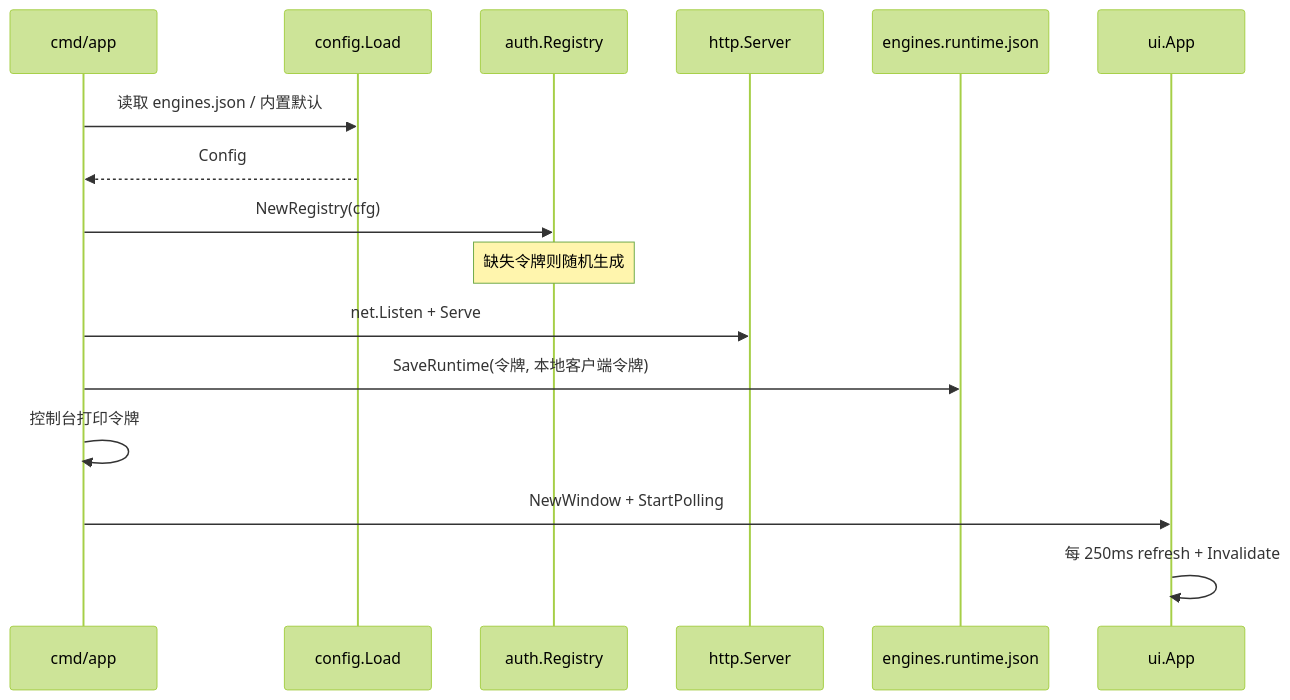
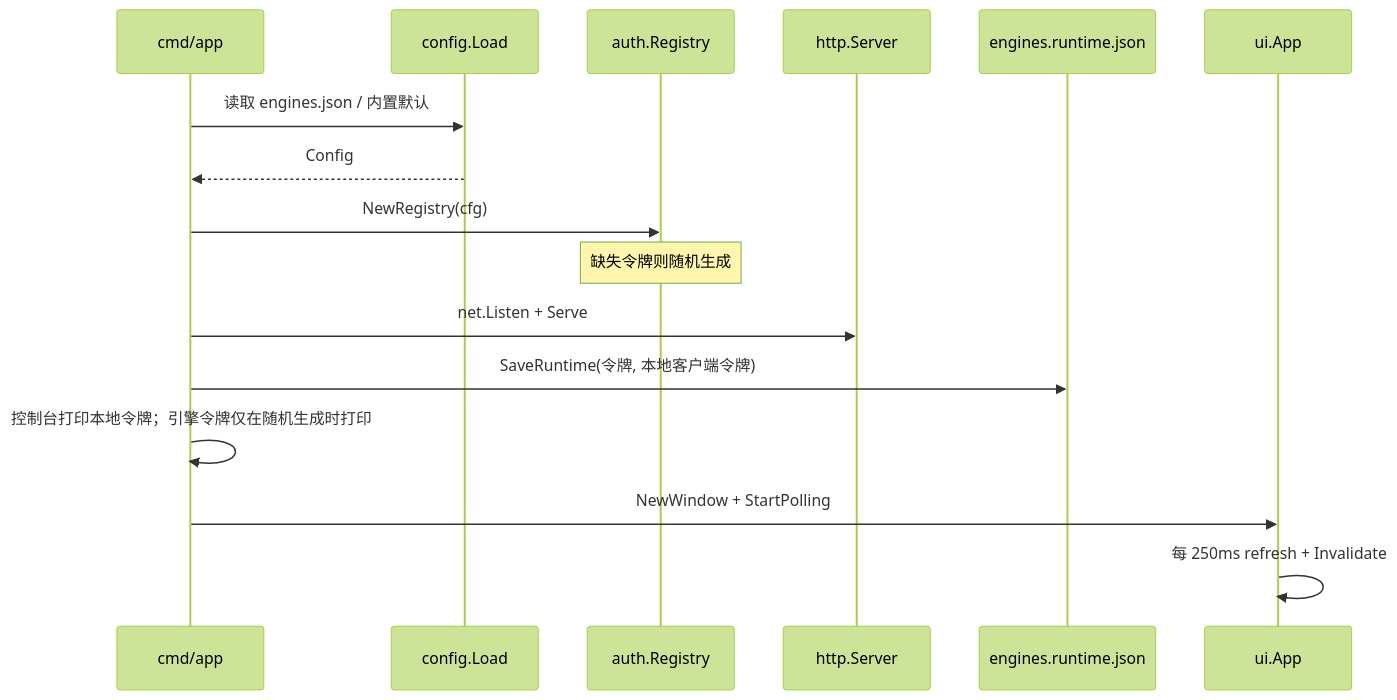
Before and after one commit to qzh200/Gomoku: the third of 3 diagrams in doc/01-mygo-architecture.md, drawn with Mermaid (forest theme). The commit also changed other lines of this file and 9 other files, not shown here.

````diff
--- a/doc/01-mygo-architecture.md
+++ b/doc/01-mygo-architecture.md
@@ -313,18 +316,18 @@
 ```mermaid
 sequenceDiagram
   participant Main as cmd/app
   participant Cfg as config.Load
   participant Auth as auth.Registry
   participant Srv as http.Server
   participant RT as engines.runtime.json
   participant UI as ui.App
   Main->>Cfg: 读取 engines.json / 内置默认
   Cfg-->>Main: Config
   Main->>Auth: NewRegistry(cfg)
   Note over Auth: 缺失令牌则随机生成
   Main->>Srv: net.Listen + Serve
   Main->>RT: SaveRuntime(令牌, 本地客户端令牌)
-  Main->>Main: 控制台打印令牌
+  Main->>Main: 控制台打印本地令牌；引擎令牌仅在随机生成时打印
   Main->>UI: NewWindow + StartPolling
   UI->>UI: 每 250ms refresh + Invalidate
 ```
````
